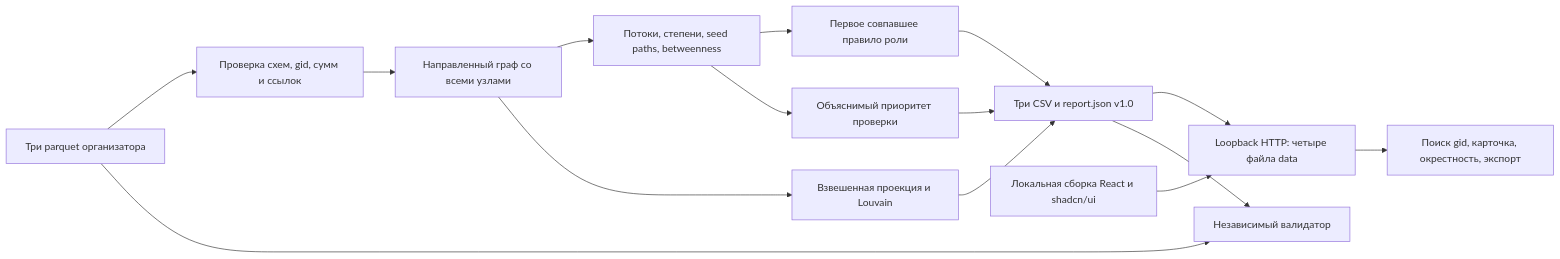
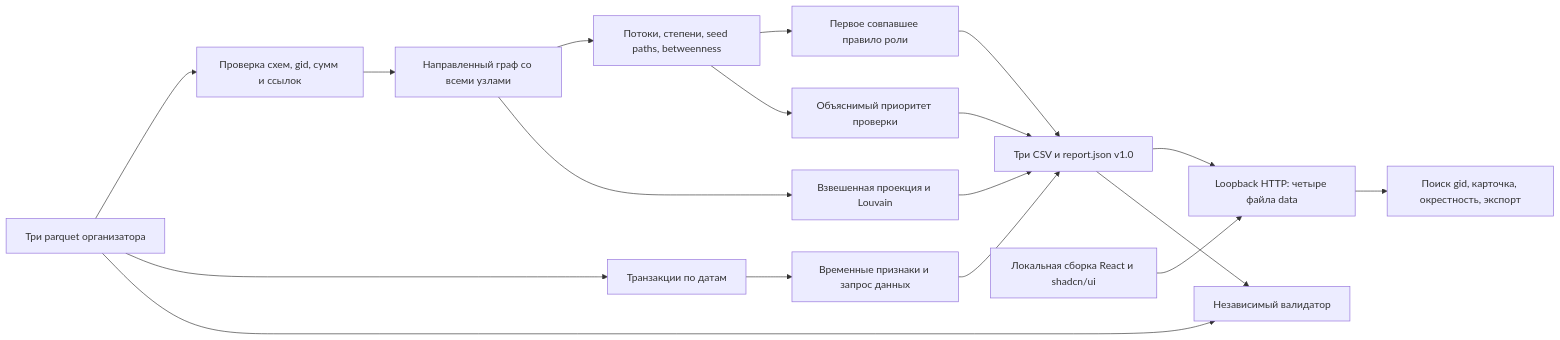
Before and after one commit to BAITC-Hacks/hack-e66e0807-genz: the diagram in docs/ARCHITECTURE.md, drawn with Mermaid. The commit also changed other lines of this file and 8 other files, not shown here.

````diff
--- a/docs/ARCHITECTURE.md
+++ b/docs/ARCHITECTURE.md
@@ -3,17 +5,20 @@
 ```mermaid
 flowchart LR
     P[Три parquet организатора] --> V[Проверка схем, gid, сумм и ссылок]
     V --> G[Направленный граф со всеми узлами]
     G --> M[Потоки, степени, seed paths, betweenness]
     M --> R[Первое совпавшее правило роли]
+    P --> X[Транзакции по датам]
+    X --> W[Временные признаки и запрос данных]
     G --> C[Взвешенная проекция и Louvain]
     M --> T[Объяснимый приоритет проверки]
     R --> E[Три CSV и report.json v1.0]
     C --> E
     T --> E
+    W --> E
     E --> S[Loopback HTTP: четыре файла data]
     B[Локальная сборка React и shadcn/ui] --> S
     S --> U[Поиск gid, карточка, окрестность, экспорт]
     P --> Q[Независимый валидатор]
     E --> Q
 ```
````
